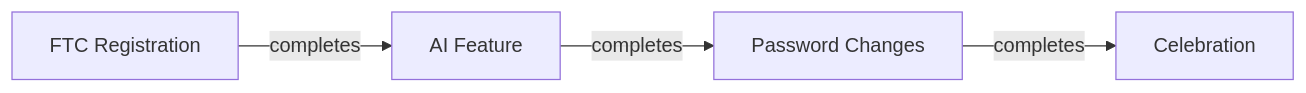
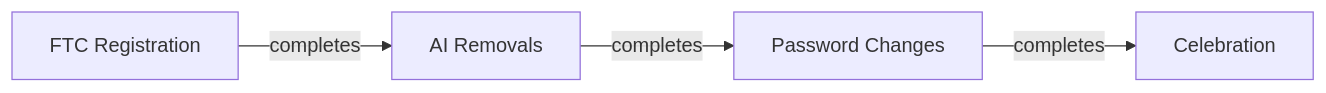
One commit to kyler-ross/metis changed the diagram in skills/core/feed-manager/SKILL.md. Above: the diagram before and after it, drawn with Mermaid. The commit also changed other lines of this file and 324 other files, not shown here.

````diff
--- a/skills/core/feed-manager/SKILL.md
+++ b/skills/core/feed-manager/SKILL.md
@@ -109,6 +109,6 @@
 ```mermaid
 graph LR
-    A[FTC Registration] -->|completes| B[AI Feature]
+    A[FTC Registration] -->|completes| B[AI Removals]
     B -->|completes| C[Password Changes]
     C -->|completes| D[Celebration]
 ```
````
